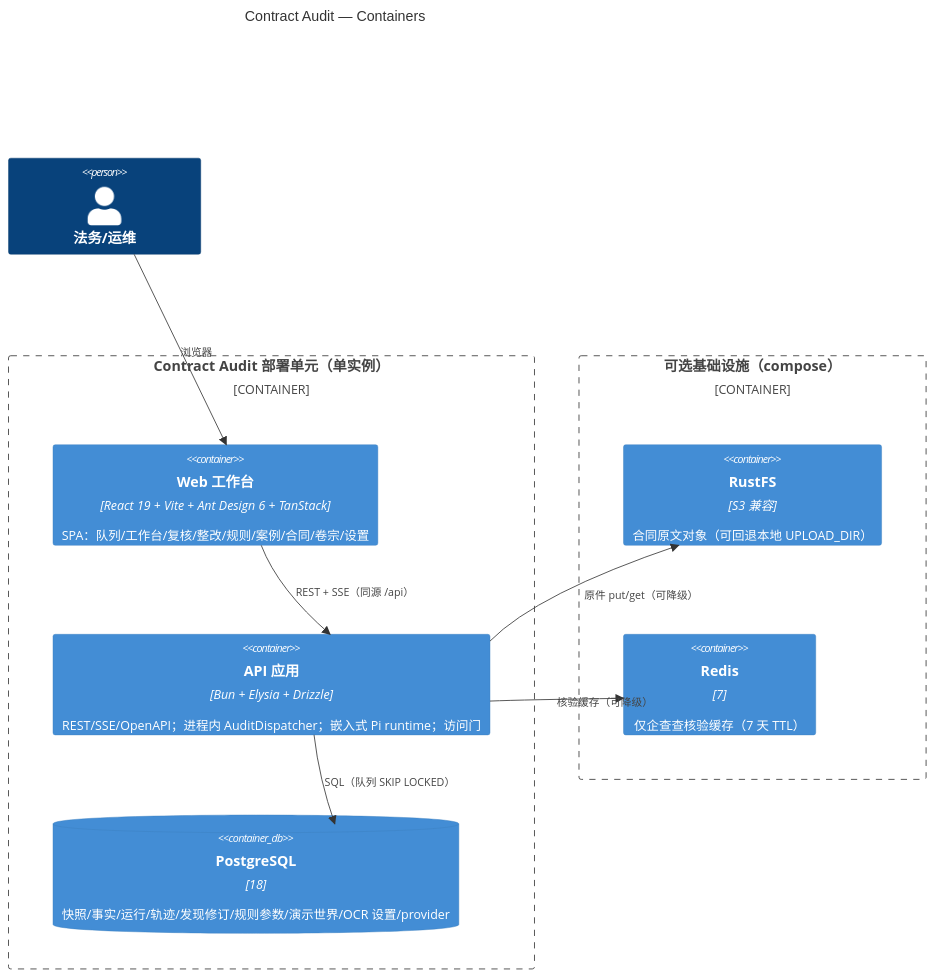
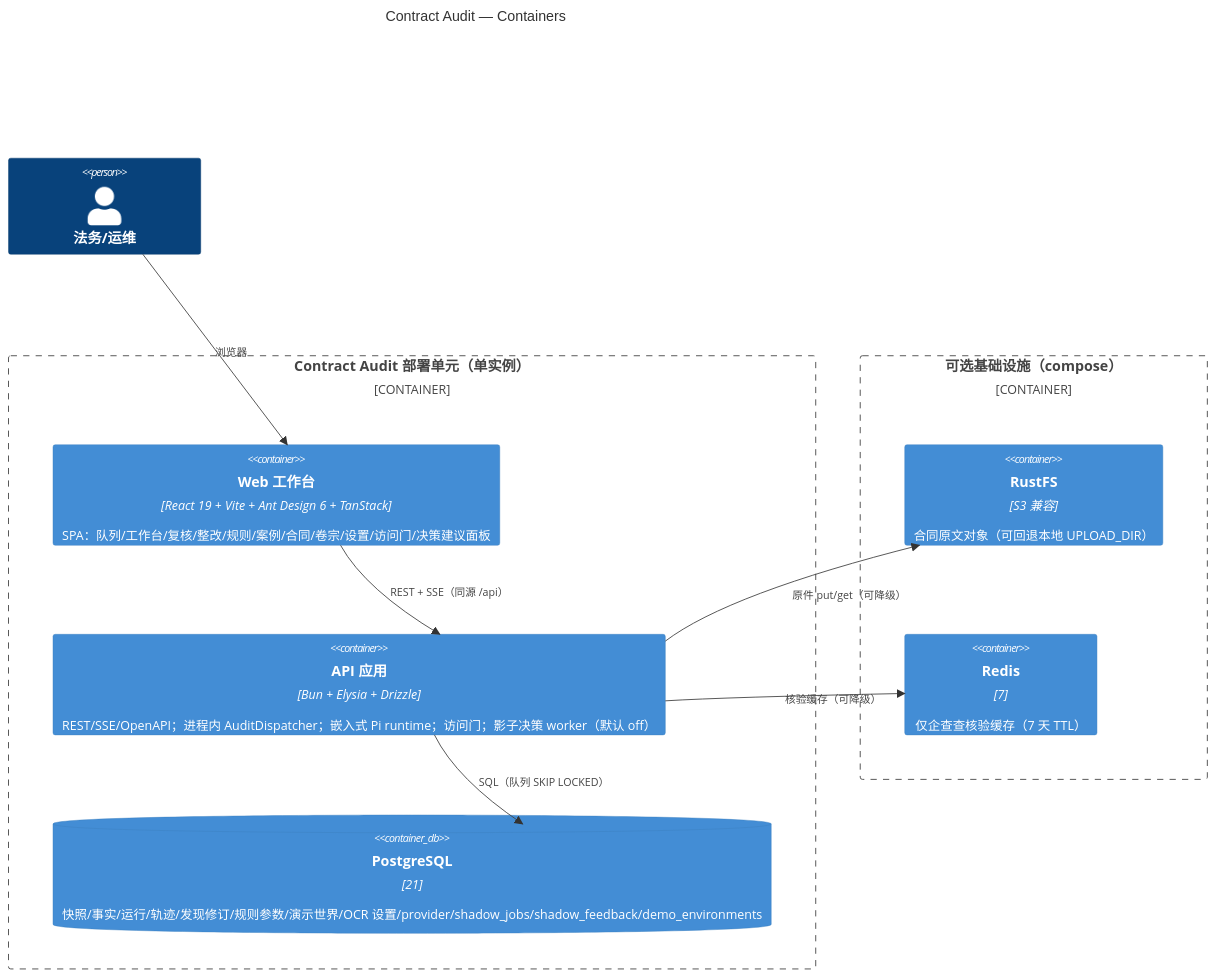
The second of 3 diagrams in docs/engineering/c4-and-adr-index.md (Rupert-WLLP-Bai/pi-agent-dev), drawn with Mermaid before and after one commit. The commit also changed other lines of this file and 45 other files, not shown here.

````diff
--- a/docs/engineering/c4-and-adr-index.md
+++ b/docs/engineering/c4-and-adr-index.md
@@ -34,23 +34,23 @@
 ```mermaid
 C4Container
     title Contract Audit — Containers
 
     Person(user, "法务/运维")
 
     Container_Boundary(c1, "Contract Audit 部署单元（单实例）") {
-        Container(web, "Web 工作台", "React 19 + Vite + Ant Design 6 + TanStack", "SPA：队列/工作台/复核/整改/规则/案例/合同/卷宗/设置")
-        Container(api, "API 应用", "Bun + Elysia + Drizzle", "REST/SSE/OpenAPI；进程内 AuditDispatcher；嵌入式 Pi runtime；访问门")
-        ContainerDb(pg, "PostgreSQL", "18", "快照/事实/运行/轨迹/发现修订/规则参数/演示世界/OCR 设置/provider")
+        Container(web, "Web 工作台", "React 19 + Vite + Ant Design 6 + TanStack", "SPA：队列/工作台/复核/整改/规则/案例/合同/卷宗/设置/访问门/决策建议面板")
+        Container(api, "API 应用", "Bun + Elysia + Drizzle", "REST/SSE/OpenAPI；进程内 AuditDispatcher；嵌入式 Pi runtime；访问门；影子决策 worker（默认 off）")
+        ContainerDb(pg, "PostgreSQL", "21", "快照/事实/运行/轨迹/发现修订/规则参数/演示世界/OCR 设置/provider/shadow_jobs/shadow_feedback/demo_environments")
     }
 
     Container_Boundary(c2, "可选基础设施（compose）") {
         Container(s3, "RustFS", "S3 兼容", "合同原文对象（可回退本地 UPLOAD_DIR）")
         Container(redis, "Redis", "7", "仅企查查核验缓存（7 天 TTL）")
     }
 
     Rel(user, web, "浏览器")
     Rel(web, api, "REST + SSE（同源 /api）")
     Rel(api, pg, "SQL（队列 SKIP LOCKED）")
     Rel(api, s3, "原件 put/get（可降级）")
     Rel(api, redis, "核验缓存（可降级）")
 ```
````
